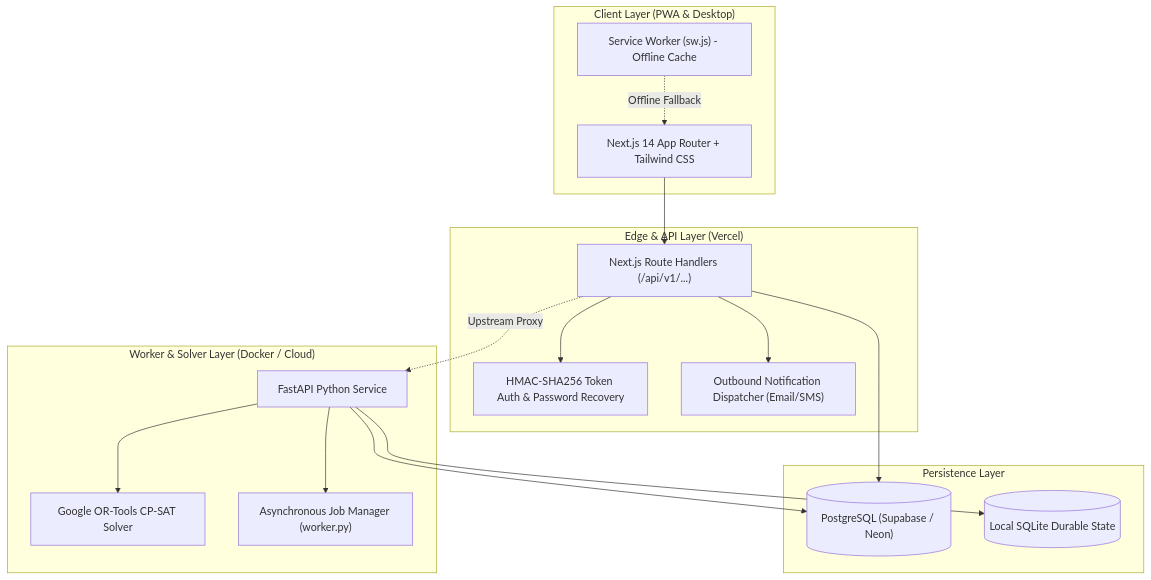
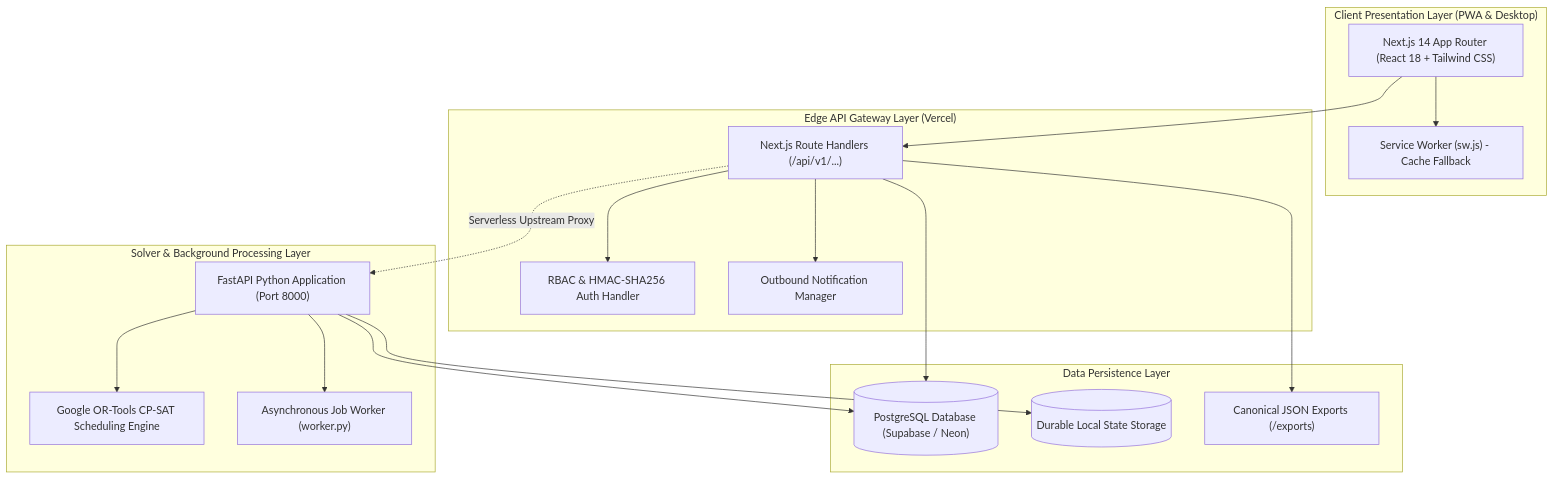
Before and after one commit to AnirudhJha982/IITBBS-Final: the diagram in README.md, drawn with Mermaid. The commit also changed other lines of this file, not shown here.

Commit message:
docs: enrich README with comprehensive tournament compliance matrix, architecture, and evaluator guide

````diff
--- a/README.md
+++ b/README.md
@@ -70,35 +246,37 @@
 ```mermaid
 flowchart TD
-    subgraph Client ["Client Layer (PWA & Desktop)"]
-        UI["Next.js 14 App Router + Tailwind CSS"]
-        SW["Service Worker (sw.js) - Offline Cache"]
+    subgraph Client ["Client Presentation Layer (PWA & Desktop)"]
+        UI["Next.js 14 App Router (React 18 + Tailwind CSS)"]
+        SW["Service Worker (sw.js) - Cache Fallback"]
+        UI --> SW
     end
 
-    subgraph Serverless ["Edge & API Layer (Vercel)"]
-        API["Next.js Route Handlers (/api/v1/...)"]
-        Auth["HMAC-SHA256 Token Auth & Password Recovery"]
-        Notif["Outbound Notification Dispatcher (Email/SMS)"]
+    subgraph Edge ["Edge API Gateway Layer (Vercel)"]
+        Routes["Next.js Route Handlers (/api/v1/...)"]
+        AuthHandler["RBAC & HMAC-SHA256 Auth Handler"]
+        NotifHandler["Outbound Notification Manager"]
+        Routes --> AuthHandler
+        Routes --> NotifHandler
     end
 
-    subgraph Worker ["Worker & Solver Layer (Docker / Cloud)"]
-        FastAPI["FastAPI Python Service"]
-        CPSAT["Google OR-Tools CP-SAT Solver"]
-        WorkerQueue["Asynchronous Job Manager (worker.py)"]
+    subgraph Worker ["Solver & Background Processing Layer"]
+        FastAPI["FastAPI Python Application (Port 8000)"]
+        CPSAT["Google OR-Tools CP-SAT Scheduling Engine"]
+        AsyncWorker["Asynchronous Job Worker (worker.py)"]
+        FastAPI --> CPSAT
+        FastAPI --> AsyncWorker
     end
 
-    subgraph DataStore ["Persistence Layer"]
-        PG[("PostgreSQL (Supabase / Neon)")]
-        LocalDB[("Local SQLite Durable State")]
+    subgraph Data ["Data Persistence Layer"]
+        PG[("PostgreSQL Database (Supabase / Neon)")]
+        LocalState[("Durable Local State Storage")]
+        Exports["Canonical JSON Exports (/exports)"]
     end
 
-    UI --> API
-    SW -. Offline Fallback .-> UI
-    API --> Auth
-    API --> Notif
-    API --> PG
-    API -. Upstream Proxy .-> FastAPI
-    FastAPI --> CPSAT
-    FastAPI --> WorkerQueue
+    UI --> Routes
+    Routes -. Serverless Upstream Proxy .-> FastAPI
+    Routes --> PG
+    Routes --> Exports
     FastAPI --> PG
-    FastAPI --> LocalDB
+    FastAPI --> LocalState
 ```
````
